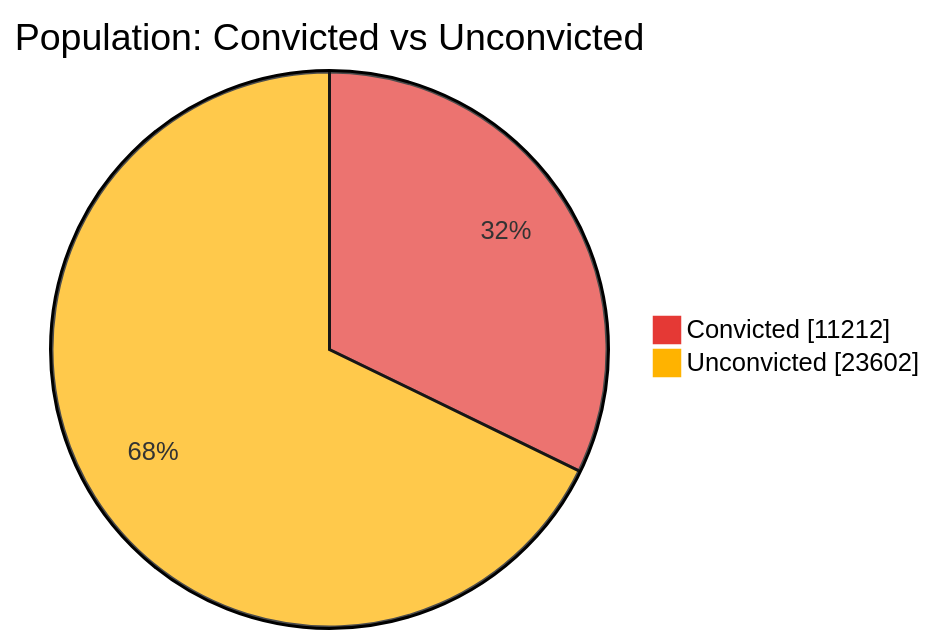
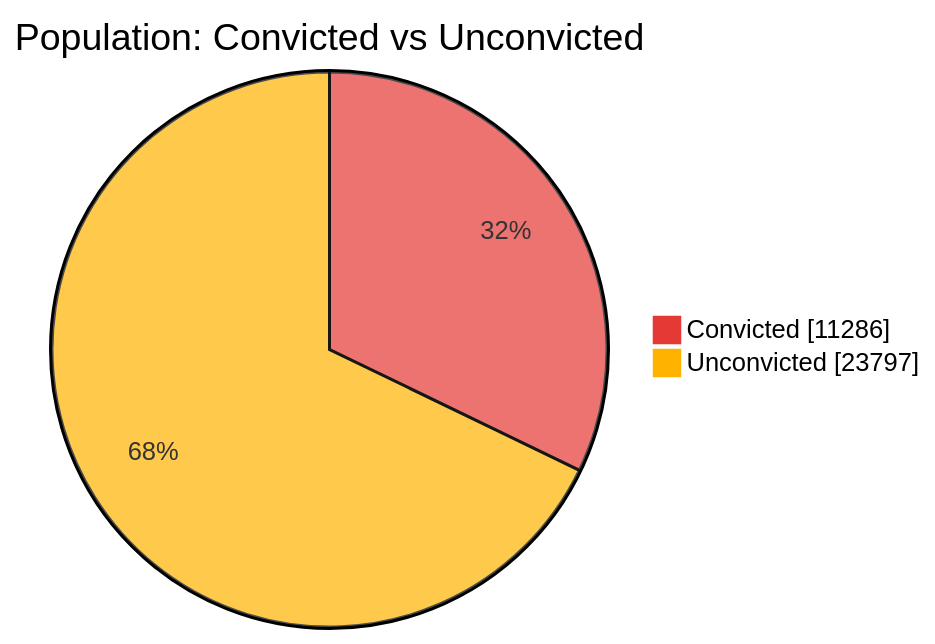
The first of 7 diagrams in README.md (nuuuwan/lk_prisons), drawn with Mermaid before and after one commit. The commit also changed other lines of this file and 1 other file, not shown here.

````diff
--- a/README.md
+++ b/README.md
@@ -43,6 +43,6 @@
 ```mermaid
 %%{init: {'themeVariables': {'pie1': '#E53935', 'pie2': '#FFB300'}}}%%
 pie showData title Population: Convicted vs Unconvicted
-    "Convicted" : 11212
-    "Unconvicted" : 23602
+    "Convicted" : 11286
+    "Unconvicted" : 23797
 ```
````
